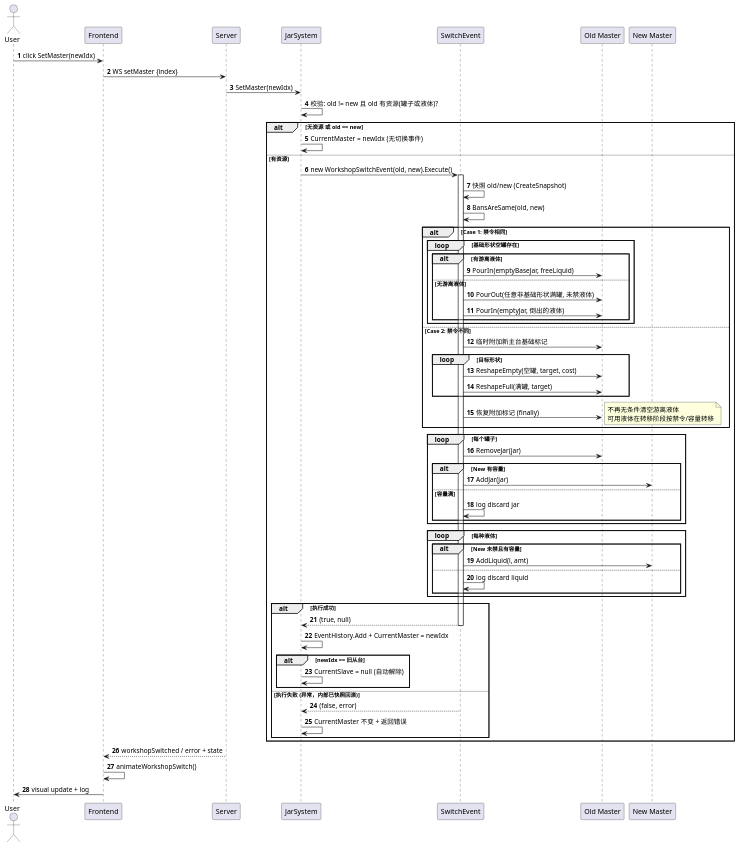
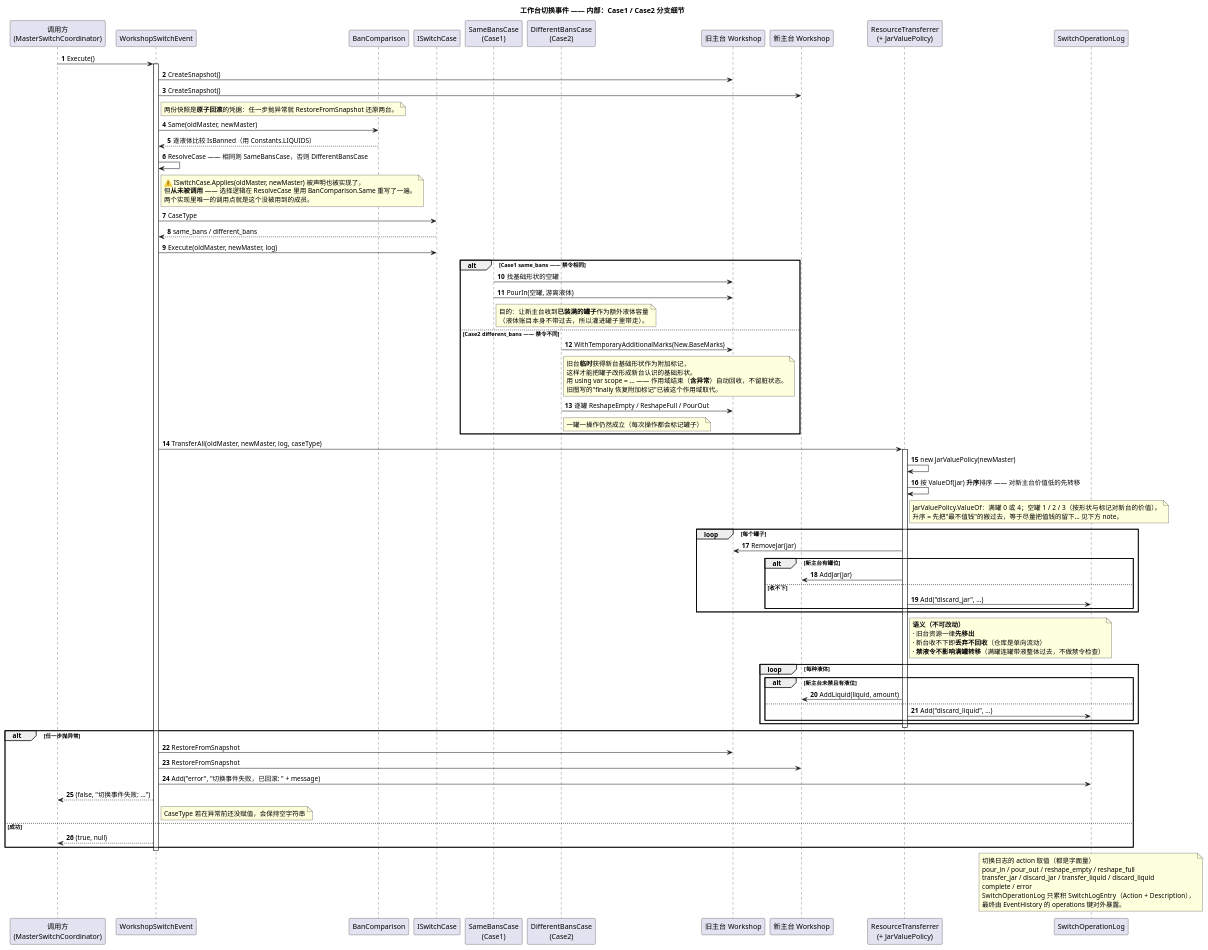
One commit to Lazyair150/jar-system-dotnet changed the diagram in UML/04_Sequence_工作台切换.puml. Above: the diagram before and after it, drawn with PlantUML. The commit also changed 45 other files, not shown here.

```diff
--- a/UML/04_Sequence_工作台切换.puml
+++ b/UML/04_Sequence_工作台切换.puml
@@ -1,78 +1,114 @@
 @startuml
+title 工作台切换事件 —— 内部：Case1 / Case2 分支细节
+' ============================================================
+'  2026-09-16 重写。本图专讲**事件内部**做了什么（S1 抽出的协作对象）；
+'  端到端调用链（Dispatcher 到 Service 到 Event 到 History 到回包 到前端动画）
+'  另见 05_Sequence_工作台切换事件，两张刻意分开以避免重复。
+'  与旧版的差别：旧图把 Case 逻辑画在 WorkshopSwitchEvent 自己身上，
+'  且写"finally 恢复附加标记"；实际已抽出 ISwitchCase 并用 using var 作用域回收。
+' ============================================================
 autonumber
-actor User
-participant Frontend
-participant Server
-participant JarSystem
-participant SwitchEvent
-participant "Old Master" as Old
-participant "New Master" as New
+participant "调用方\n(MasterSwitchCoordinator)" as Caller
+participant "WorkshopSwitchEvent" as Evt
+participant "BanComparison" as Ban
+participant "ISwitchCase" as Case
+participant "SameBansCase\n(Case1)" as C1
+participant "DifferentBansCase\n(Case2)" as C2
+participant "旧主台 Workshop" as Old
+participant "新主台 Workshop" as New
+participant "ResourceTransferrer\n(+ JarValuePolicy)" as Xfer
+participant "SwitchOperationLog" as Log
 
-User -> Frontend: click SetMaster(newIdx)
-Frontend -> Server: WS setMaster {index}
-Server -> JarSystem: SetMaster(newIdx)
+Caller -> Evt: Execute()
+activate Evt
+Evt -> Old: CreateSnapshot()
+Evt -> New: CreateSnapshot()
+note right of Evt
+  两份快照是**原子回滚**的凭据：任一步抛异常就 RestoreFromSnapshot 还原两台。
+end note
 
-JarSystem -> JarSystem: 校验: old != new 且 old 有资源(罐子或液体)?
-alt 无资源 或 old == new
-  JarSystem -> JarSystem: CurrentMaster = newIdx (无切换事件)
-else 有资源
-  JarSystem -> SwitchEvent: new WorkshopSwitchEvent(old, new).Execute()
-  activate SwitchEvent
+Evt -> Ban: Same(oldMaster, newMaster)
+Ban --> Evt: 逐液体比较 IsBanned（用 Constants.LIQUIDS）
+Evt -> Evt: ResolveCase —— 相同则 SameBansCase，否则 DifferentBansCase
+note right of Evt
+  ⚠️ ISwitchCase.Applies(oldMaster, newMaster) 被声明也被实现了，
+  但**从未被调用** —— 选择逻辑在 ResolveCase 里用 BanComparison.Same 重写了一遍。
+  两个实现里唯一的调用点就是这个没被用到的成员。
+end note
+Evt -> Case: CaseType
+Case --> Evt: same_bans / different_bans
 
-  SwitchEvent -> SwitchEvent: 快照 old/new (CreateSnapshot)
-  SwitchEvent -> SwitchEvent: BansAreSame(old, new)
+Evt -> Case: Execute(oldMaster, newMaster, log)
 
-  alt Case 1: 禁令相同
-    loop 基础形状空罐存在
-      alt 有游离液体
-        SwitchEvent -> Old: PourIn(emptyBaseJar, freeLiquid)
-      else 无游离液体
-        SwitchEvent -> Old: PourOut(任意非基础形状满罐, 未禁液体)
-        SwitchEvent -> Old: PourIn(emptyJar, 倒出的液体)
-      end
-    end
-  else Case 2: 禁令不同
-    SwitchEvent -> Old: 临时附加新主台基础标记
-    loop 目标形状
-      SwitchEvent -> Old: ReshapeEmpty(空罐, target, cost)
-      SwitchEvent -> Old: ReshapeFull(满罐, target)
-    end
-    SwitchEvent -> Old: 恢复附加标记 (finally)
-    note right: 不再无条件清空游离液体\n可用液体在转移阶段按禁令/容量转移
-  end
+alt Case1 same_bans —— 禁令相同
+  C1 -> Old: 找基础形状的空罐
+  C1 -> Old: PourIn(空罐, 游离液体)
+  note right of C1
+    目的：让新主台收到**已装满的罐子**作为额外液体容量
+    （液体账目本身不带过去，所以灌进罐子里带走）。
+  end note
+else Case2 different_bans —— 禁令不同
+  C2 -> Old: WithTemporaryAdditionalMarks(New.BaseMarks)
+  note right of C2
+    旧台**临时**获得新台基础形状作为附加标记，
+    这样才能把罐子改形成新台认识的基础形状。
+    用 using var scope = … —— 作用域结束（**含异常**）自动回收，不留脏状态。
+    旧图写的"finally 恢复附加标记"已被这个作用域取代。
+  end note
+  C2 -> Old: 逐罐 ReshapeEmpty / ReshapeFull / PourOut
+  note right of C2: 一罐一操作仍然成立（每次操作都会标记罐子）
+end
 
-  loop 每个罐子
-    SwitchEvent -> Old: RemoveJar(jar)
-    alt New 有容量
-      SwitchEvent -> New: AddJar(jar)
-    else 容量满
-      SwitchEvent -> SwitchEvent: log discard jar
-    end
-  end
+Evt -> Xfer: TransferAll(oldMaster, newMaster, log, caseType)
+activate Xfer
+Xfer -> Xfer: new JarValuePolicy(newMaster)
+Xfer -> Xfer: 按 ValueOf(jar) **升序**排序 —— 对新主台价值低的先转移
+note right of Xfer
+  JarValuePolicy.ValueOf：满罐 0 或 4；空罐 1 / 2 / 3（按形状与标记对新台的价值）。
+  升序 = 先把"最不值钱"的搬过去，等于尽量把值钱的留下… 见下方 note。
+end note
 
-  loop 每种液体
-    alt New 未禁且有容量
-      SwitchEvent -> New: AddLiquid(l, amt)
-    else
-      SwitchEvent -> SwitchEvent: log discard liquid
-    end
-  end
-
-  alt 执行成功
-    SwitchEvent --> JarSystem: (true, null)
-    deactivate SwitchEvent
-    JarSystem -> JarSystem: EventHistory.Add + CurrentMaster = newIdx
-    alt newIdx == 旧从台
-      JarSystem -> JarSystem: CurrentSlave = null (自动解除)
-    end
-  else 执行失败 (异常，内部已快照回滚)
-    SwitchEvent --> JarSystem: (false, error)
-    deactivate SwitchEvent
-    JarSystem -> JarSystem: CurrentMaster 不变 + 返回错误
+loop 每个罐子
+  Xfer -> Old: RemoveJar(jar)
+  alt 新主台有罐位
+    Xfer -> New: AddJar(jar)
+  else 收不下
+    Xfer -> Log: Add("discard_jar", …)
   end
 end
+note right of Xfer
+  **语义（不可改动）**
+  · 旧台资源一律**先移出**
+  · 新台收不下即**丢弃不回收**（仓库是单向流动）
+  · **禁液令不影响满罐转移**（满罐连罐带液整体过去，不做禁令检查）
+end note
 
-Server --> Frontend: workshopSwitched / error + state
-Frontend -> Frontend: animateWorkshopSwitch()
-Frontend -> User: visual update + log
+loop 每种液体
+  alt 新主台未禁且有液位
+    Xfer -> New: AddLiquid(liquid, amount)
+  else
+    Xfer -> Log: Add("discard_liquid", …)
+  end
+end
+deactivate Xfer
+
+alt 任一步抛异常
+  Evt -> Old: RestoreFromSnapshot
+  Evt -> New: RestoreFromSnapshot
+  Evt -> Log: Add("error", "切换事件失败，已回滚: " + message)
+  Evt --> Caller: (false, "切换事件失败: …")
+  note right of Evt: CaseType 若在异常前还没赋值，会保持空字符串
+else 成功
+  Evt --> Caller: (true, null)
+end
+deactivate Evt
+
+note over Log
+  切换日志的 action 取值（都是字面量）
+  pour_in / pour_out / reshape_empty / reshape_full
+  transfer_jar / discard_jar / transfer_liquid / discard_liquid
+  complete / error
+  SwitchOperationLog 只累积 SwitchLogEntry（Action + Description），
+  最终由 EventHistory 的 operations 键对外暴露。
+end note
 @enduml
```
